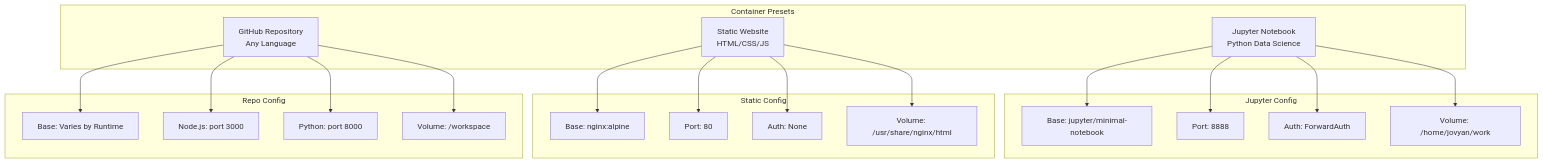
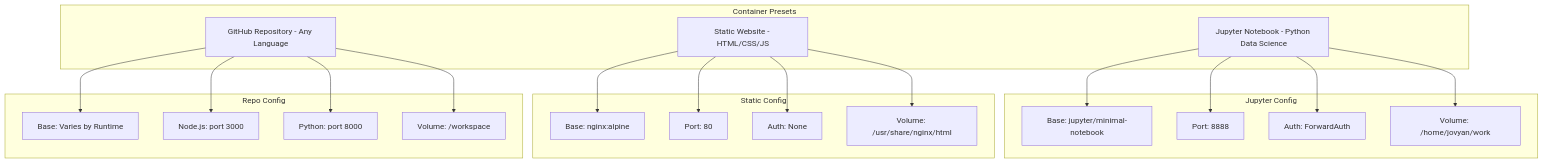
The seventh of 14 diagrams in docs/access.md (ndg8743/hydra-saml-auth), drawn with Mermaid before and after one commit. The commit also changed other lines of this file, not shown here.

````diff
--- a/docs/access.md
+++ b/docs/access.md
@@ -575,44 +1817,44 @@
 ```mermaid
 graph TD
     subgraph "Container Presets"
-        Jupyter[Jupyter Notebook<br/>Python Data Science]
-        Static[Static Website<br/>HTML/CSS/JS]
-        Repo[GitHub Repository<br/>Any Language]
+            Jupyter[Jupyter Notebook - Python Data Science]
+            Static[Static Website - HTML/CSS/JS]
+            Repo[GitHub Repository - Any Language]
     end
     
     subgraph "Jupyter Config"
         J1[Base: jupyter/minimal-notebook]
         J2[Port: 8888]
         J3[Auth: ForwardAuth]
         J4[Volume: /home/jovyan/work]
     end
     
     subgraph "Static Config"
         S1[Base: nginx:alpine]
         S2[Port: 80]
         S3[Auth: None]
         S4[Volume: /usr/share/nginx/html]
     end
     
     subgraph "Repo Config"
         R1[Base: Varies by Runtime]
         R2[Node.js: port 3000]
         R3[Python: port 8000]
         R4[Volume: /workspace]
     end
     
     Jupyter --> J1
     Jupyter --> J2
     Jupyter --> J3
     Jupyter --> J4
     
     Static --> S1
     Static --> S2
     Static --> S3
     Static --> S4
     
     Repo --> R1
     Repo --> R2
     Repo --> R3
     Repo --> R4
 ```
````
